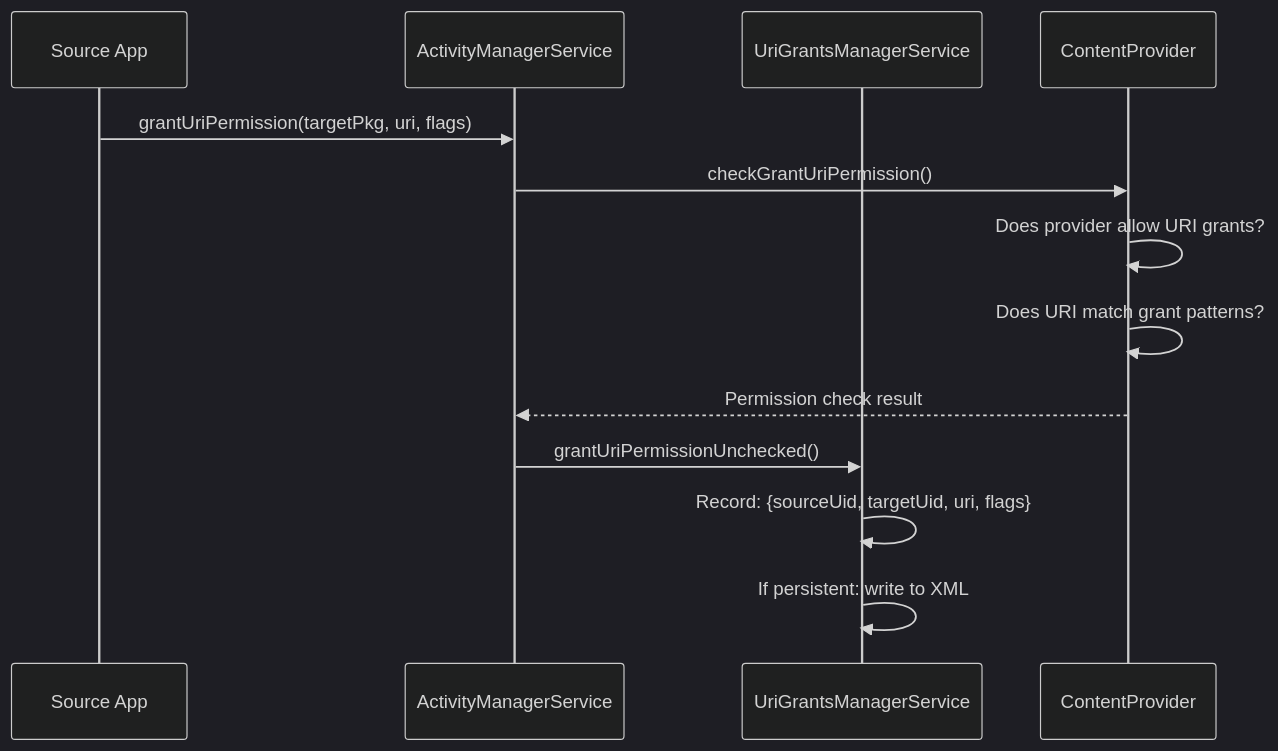
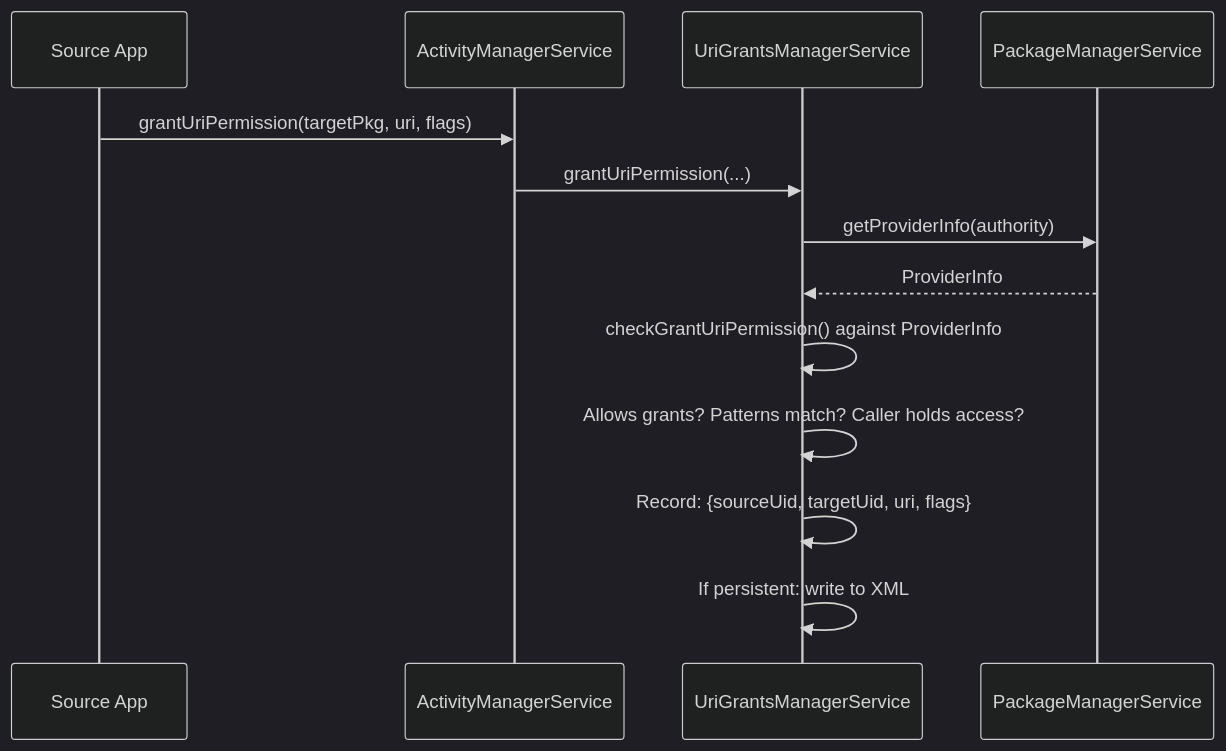
One commit to aospbooks/aosp-internal-book changed diagram 24 of 25 in agents/claude/skills/aosp-framework-services/27-content-providers.md. Above: the diagram before and after it, drawn with Mermaid (dark theme). The commit also changed other lines of this file and 218 other files, not shown here.

````diff
--- a/agents/claude/skills/aosp-framework-services/27-content-providers.md
+++ b/agents/claude/skills/aosp-framework-services/27-content-providers.md
@@ -2940,16 +2992,16 @@
 ```mermaid
 sequenceDiagram
     participant App as Source App
     participant AMS as ActivityManagerService
     participant UGM as UriGrantsManagerService
-    participant CP as ContentProvider
+    participant PMS as PackageManagerService
 
     App->>AMS: grantUriPermission(targetPkg, uri, flags)
-    AMS->>CP: checkGrantUriPermission()
-    CP->>CP: Does provider allow URI grants?
-    CP->>CP: Does URI match grant patterns?
-    CP-->>AMS: Permission check result
-    AMS->>UGM: grantUriPermissionUnchecked()
+    AMS->>UGM: grantUriPermission(...)
+    UGM->>PMS: getProviderInfo(authority)
+    PMS-->>UGM: ProviderInfo
+    UGM->>UGM: checkGrantUriPermission() against ProviderInfo
+    UGM->>UGM: Allows grants? Patterns match? Caller holds access?
     UGM->>UGM: Record: {sourceUid, targetUid, uri, flags}
     UGM->>UGM: If persistent: write to XML
 ```
````
